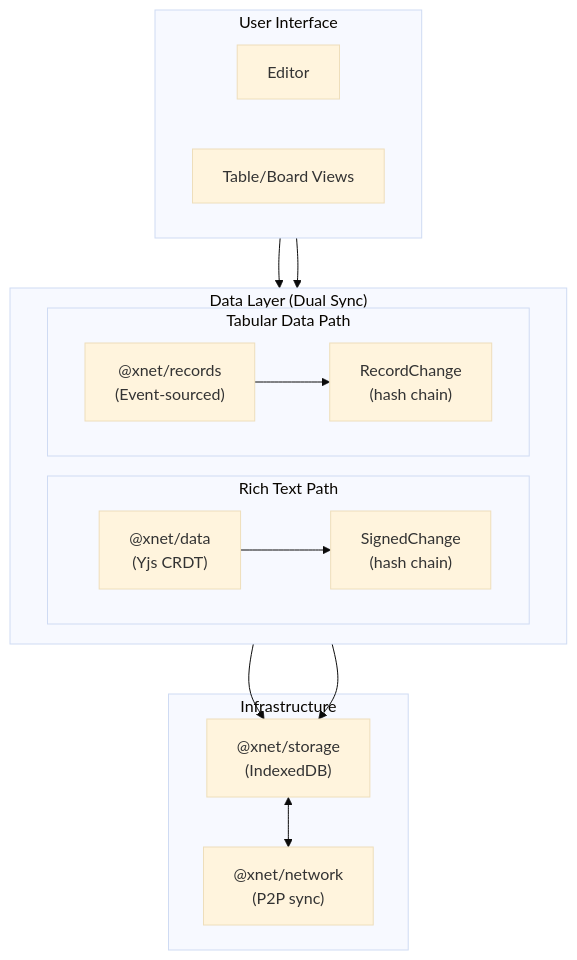
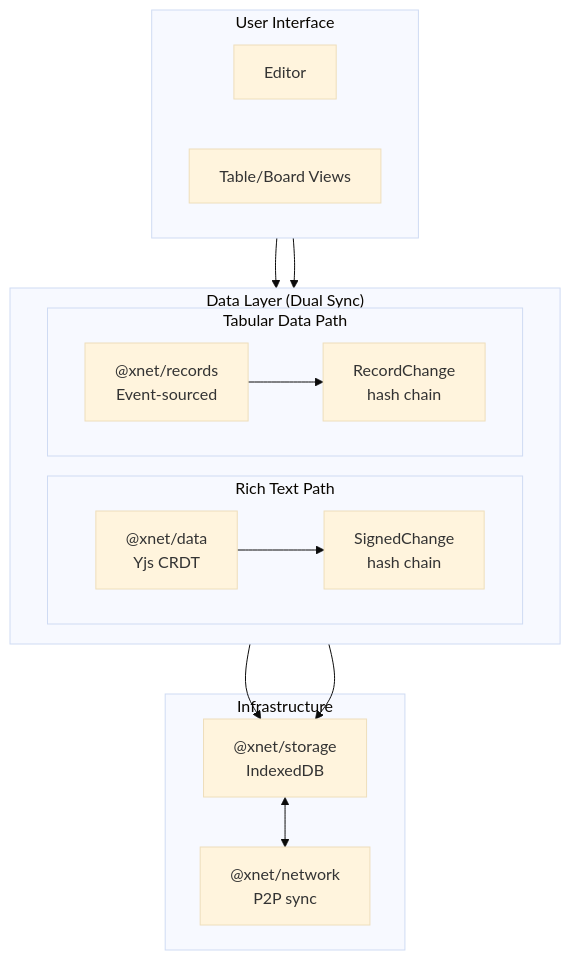
The first of 8 diagrams in docs/explorations/CODEBASE_REVIEW.md (crs48/xNet), drawn with Mermaid (base theme) before and after one commit. The commit also changed other lines of this file and 21 other files, not shown here.

First line of the commit message:
Fix Mermaid parse errors: remove parentheses in flowchart node labels after <br/> tags

````diff
--- a/docs/explorations/CODEBASE_REVIEW.md
+++ b/docs/explorations/CODEBASE_REVIEW.md
@@ -64,33 +64,33 @@
 ```mermaid
 flowchart TD
     subgraph UI["User Interface"]
         direction LR
         EDITOR["Editor"]
         TABLE["Table/Board Views"]
     end
 
     subgraph DataLayer["Data Layer (Dual Sync)"]
         direction LR
         subgraph RichText["Rich Text Path"]
-            DATA["@xnet/data<br/>(Yjs CRDT)"]
-            SIGNED["SignedChange<br/>(hash chain)"]
+            DATA["@xnet/data<br/>Yjs CRDT"]
+            SIGNED["SignedChange<br/>hash chain"]
         end
         subgraph Tabular["Tabular Data Path"]
-            RECORDS["@xnet/records<br/>(Event-sourced)"]
-            RECOP["RecordChange<br/>(hash chain)"]
+            RECORDS["@xnet/records<br/>Event-sourced"]
+            RECOP["RecordChange<br/>hash chain"]
         end
     end
 
     subgraph Infrastructure["Infrastructure"]
-        STORAGE["@xnet/storage<br/>(IndexedDB)"]
-        NETWORK["@xnet/network<br/>(P2P sync)"]
+        STORAGE["@xnet/storage<br/>IndexedDB"]
+        NETWORK["@xnet/network<br/>P2P sync"]
     end
 
     EDITOR --> DATA
     TABLE --> RECORDS
     DATA --> SIGNED
     RECORDS --> RECOP
     SIGNED --> STORAGE
     RECOP --> STORAGE
     STORAGE <--> NETWORK
 ```
````
